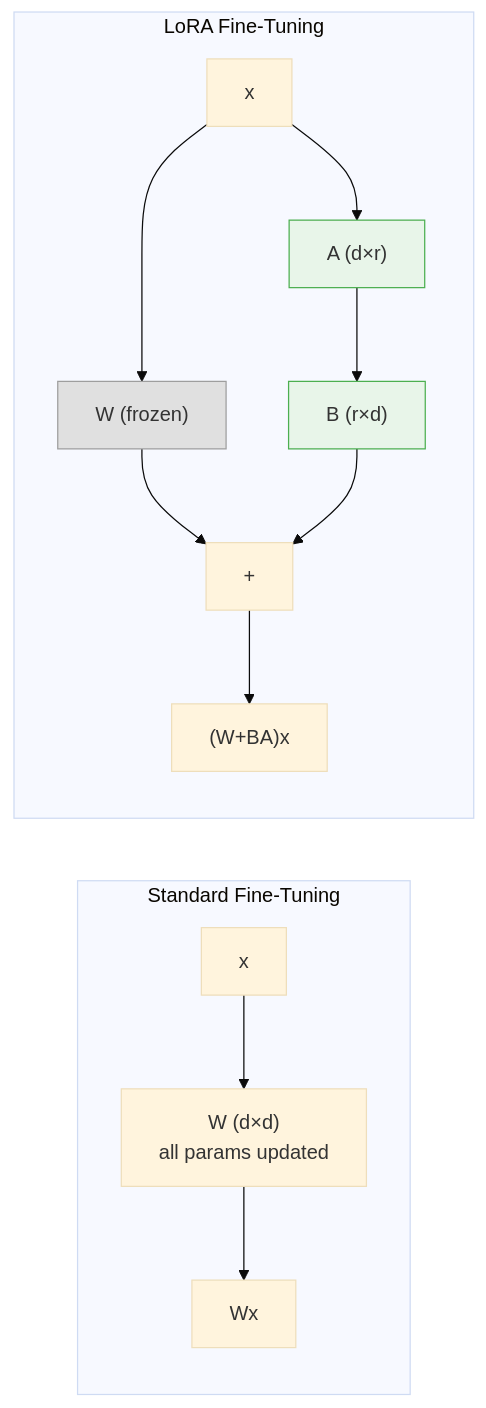
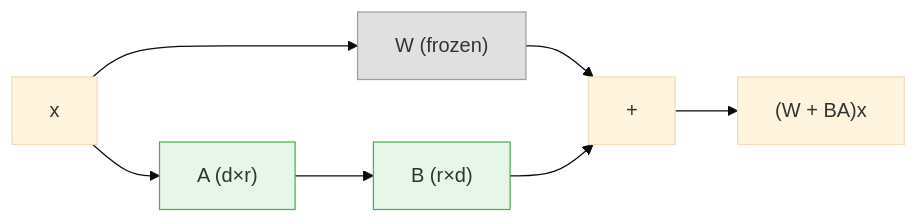
The diagram in assets/img/teaching/protein-ai/mermaid/s26-06-protein-language-models_diagram_1.mmd (sungsoo-ahn/sungsoo-ahn.github.io), drawn with Mermaid (base theme) before and after one commit. The commit also changed 22 other files, not shown here.

First line of the commit message:
docs: Refine lecture notes 4–9, update diagrams, and add Key Takeaways

```diff
--- a/assets/img/teaching/protein-ai/mermaid/s26-06-protein-language-models_diagram_1.mmd
+++ b/assets/img/teaching/protein-ai/mermaid/s26-06-protein-language-models_diagram_1.mmd
@@ -1,18 +1,11 @@
 flowchart LR
-    subgraph Standard["Standard Fine-Tuning"]
-        X1["x"] --> W1["W (d×d)<br/>all params updated"]
-        W1 --> Y1["Wx"]
-    end
+    X["x"] --> W["W (frozen)"]
+    X --> A["A (d×r)"]
+    A --> B["B (r×d)"]
+    W --> ADD["+"]
+    B --> ADD
+    ADD --> Y["(W + BA)x"]
 
-    subgraph LoRA["LoRA Fine-Tuning"]
-        X2["x"] --> W2["W (frozen)"]
-        X2 --> A["A (d×r)"]
-        A --> B["B (r×d)"]
-        W2 --> ADD["+"]
-        B --> ADD
-        ADD --> Y2["(W+BA)x"]
-    end
-
-    style W2 fill:#e0e0e0,stroke:#9e9e9e
+    style W fill:#e0e0e0,stroke:#9e9e9e
     style A fill:#e8f5e9,stroke:#4CAF50
     style B fill:#e8f5e9,stroke:#4CAF50
```
